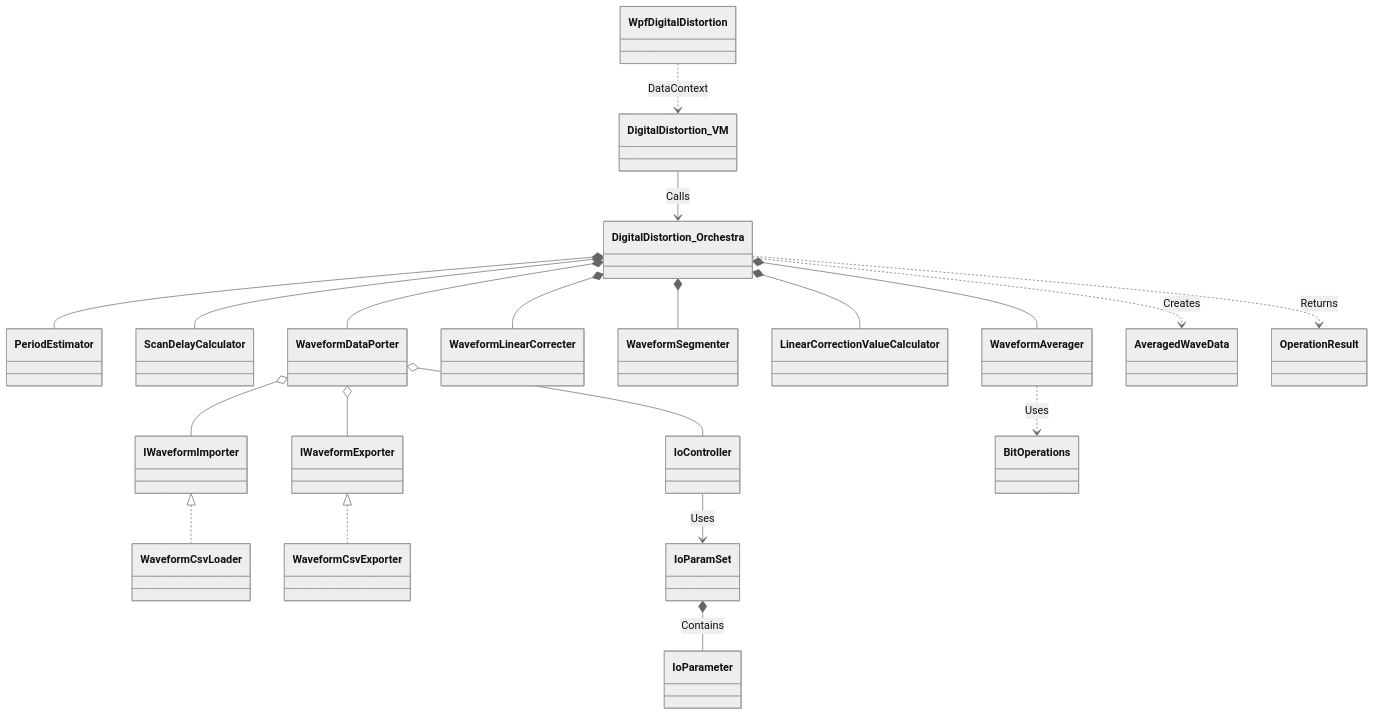
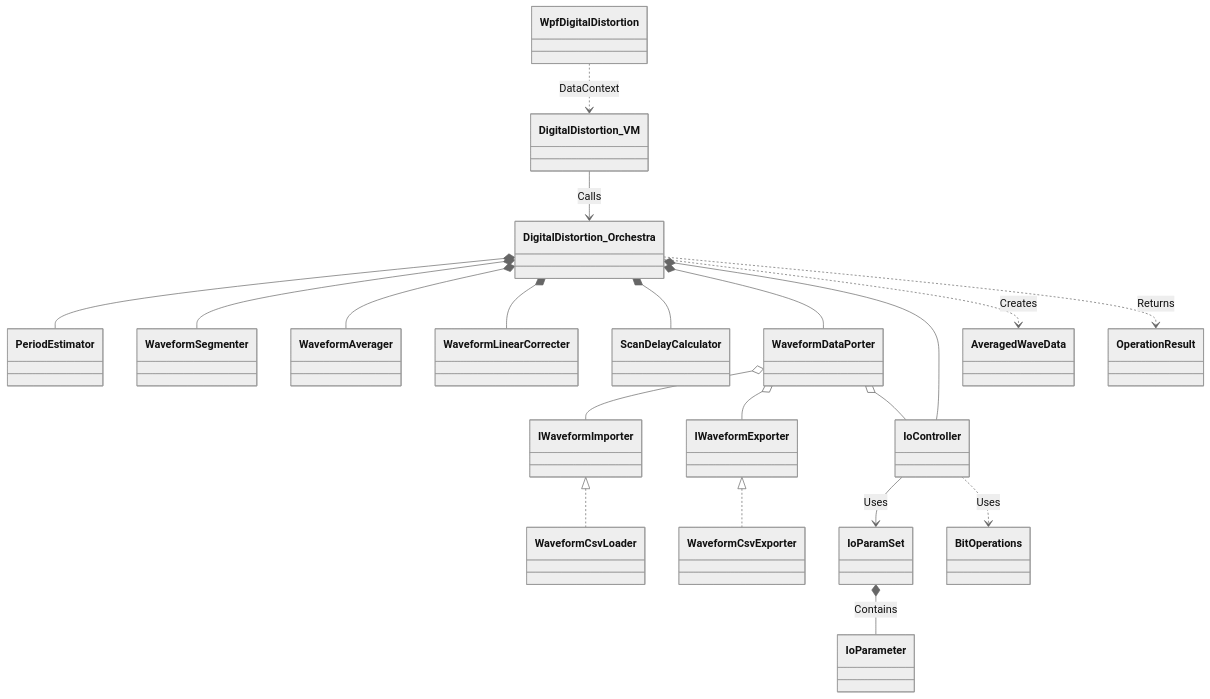
Before and after one commit to OranUtangNo1/MyRepository_Pages: the diagram in structure.md, drawn with Mermaid (neutral theme).

Commit message:
Update structure.md with orchestration and utilities changes

````diff
--- a/structure.md
+++ b/structure.md
@@ -1,32 +1,32 @@
 ```mermaid
 classDiagram
     %% 1. Presentation
     WpfDigitalDistortion ..> DigitalDistortion_VM : DataContext
     DigitalDistortion_VM --> DigitalDistortion_Orchestra : Calls
 
-    %% 2. Orchestration (Composition)
+    %% 2. Orchestration (Field Instances)
     DigitalDistortion_Orchestra *-- PeriodEstimator
-    DigitalDistortion_Orchestra *-- ScanDelayCalculator
+    DigitalDistortion_Orchestra *-- WaveformSegmenter
     DigitalDistortion_Orchestra *-- WaveformAverager
     DigitalDistortion_Orchestra *-- WaveformLinearCorrecter
-    DigitalDistortion_Orchestra *-- WaveformSegmenter
-    DigitalDistortion_Orchestra *-- LinearCorrectionValueCalculator
+    DigitalDistortion_Orchestra *-- ScanDelayCalculator
     DigitalDistortion_Orchestra *-- WaveformDataPorter
+    DigitalDistortion_Orchestra *-- IoController
 
-    %% 3. Data Access & DI
+    %% 3. Data Access & DI (WaveformDataPorter's Dependencies)
     WaveformDataPorter o-- IWaveformImporter
     WaveformDataPorter o-- IWaveformExporter
     WaveformDataPorter o-- IoController
     
     IWaveformImporter <|.. WaveformCsvLoader
     IWaveformExporter <|.. WaveformCsvExporter
 
     %% 4. Data Objects & Params
     DigitalDistortion_Orchestra ..> AveragedWaveData : Creates
     DigitalDistortion_Orchestra ..> OperationResult : Returns
     IoController --> IoParamSet : Uses
     IoParamSet *-- IoParameter : Contains
 
-    %% 5. Utilities
-    WaveformAverager ..> BitOperations : Uses
+    %% 5. Utilities (Corrected)
+    IoController ..> BitOperations : Uses
 ```
````
